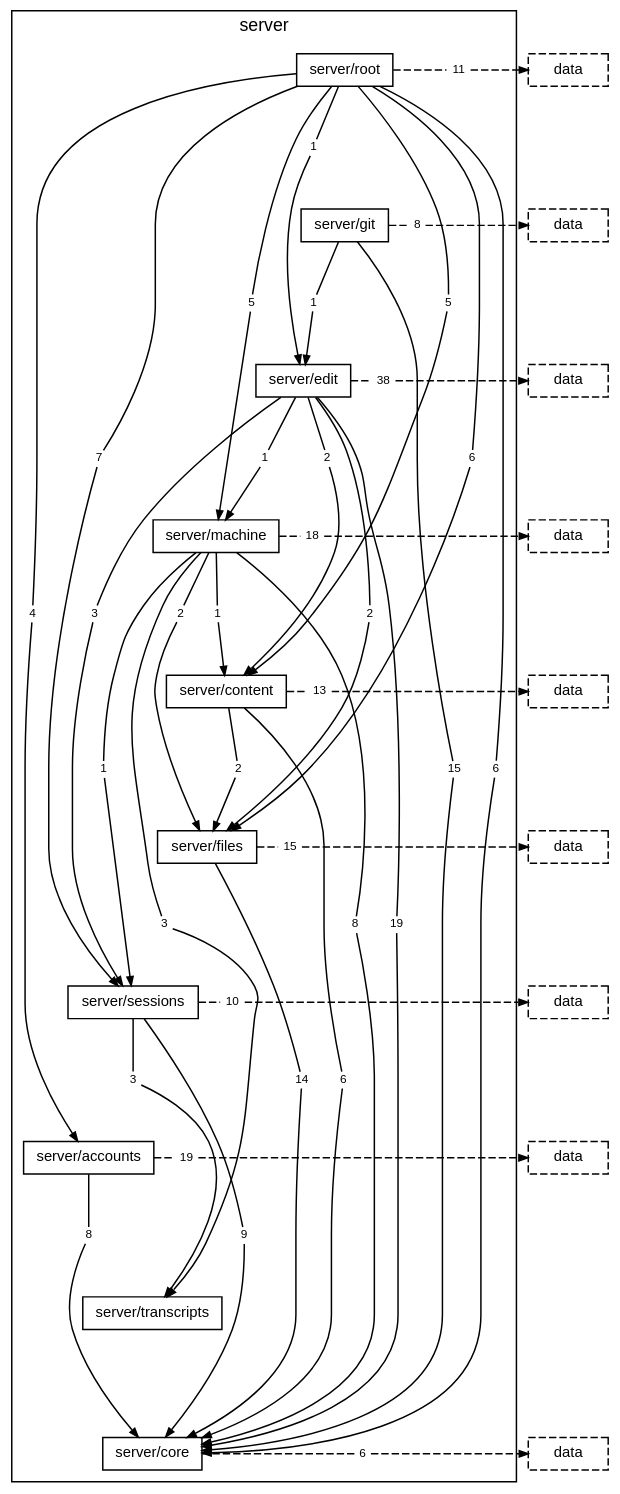
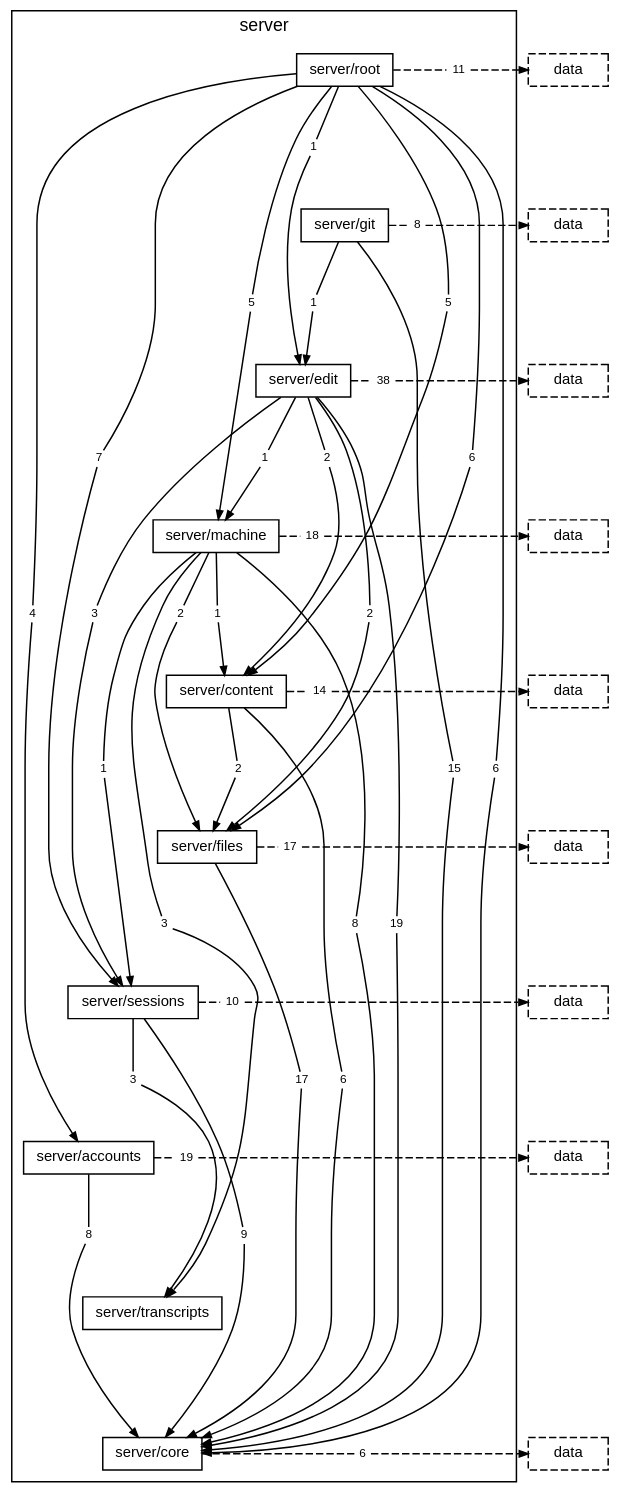
The diagram in docs/diagrams/layer-server.dot (TheAxeC/oculus), drawn with Graphviz before and after one commit. The commit also changed 100 other files, not shown here.

```diff
--- a/docs/diagrams/layer-server.dot
+++ b/docs/diagrams/layer-server.dot
@@ -39,9 +39,9 @@
         "folder server/machine to layer data" [label="18", shape=box, color="transparent", fontsize=8, width=0, height=0, margin="0.04,0.02"];
         "folder server/content to folder server/core" [label="6", shape=box, color="transparent", fontsize=8, width=0, height=0, margin="0.04,0.02"];
         "folder server/content to folder server/files" [label="2", shape=box, color="transparent", fontsize=8, width=0, height=0, margin="0.04,0.02"];
-        "folder server/content to layer data" [label="13", shape=box, color="transparent", fontsize=8, width=0, height=0, margin="0.04,0.02"];
-        "folder server/files to folder server/core" [label="14", shape=box, color="transparent", fontsize=8, width=0, height=0, margin="0.04,0.02"];
-        "folder server/files to layer data" [label="15", shape=box, color="transparent", fontsize=8, width=0, height=0, margin="0.04,0.02"];
+        "folder server/content to layer data" [label="14", shape=box, color="transparent", fontsize=8, width=0, height=0, margin="0.04,0.02"];
+        "folder server/files to folder server/core" [label="17", shape=box, color="transparent", fontsize=8, width=0, height=0, margin="0.04,0.02"];
+        "folder server/files to layer data" [label="17", shape=box, color="transparent", fontsize=8, width=0, height=0, margin="0.04,0.02"];
         "folder server/sessions to folder server/core" [label="9", shape=box, color="transparent", fontsize=8, width=0, height=0, margin="0.04,0.02"];
         "folder server/sessions to folder server/transcripts" [label="3", shape=box, color="transparent", fontsize=8, width=0, height=0, margin="0.04,0.02"];
         "folder server/sessions to layer data" [label="10", shape=box, color="transparent", fontsize=8, width=0, height=0, margin="0.04,0.02"];
```
